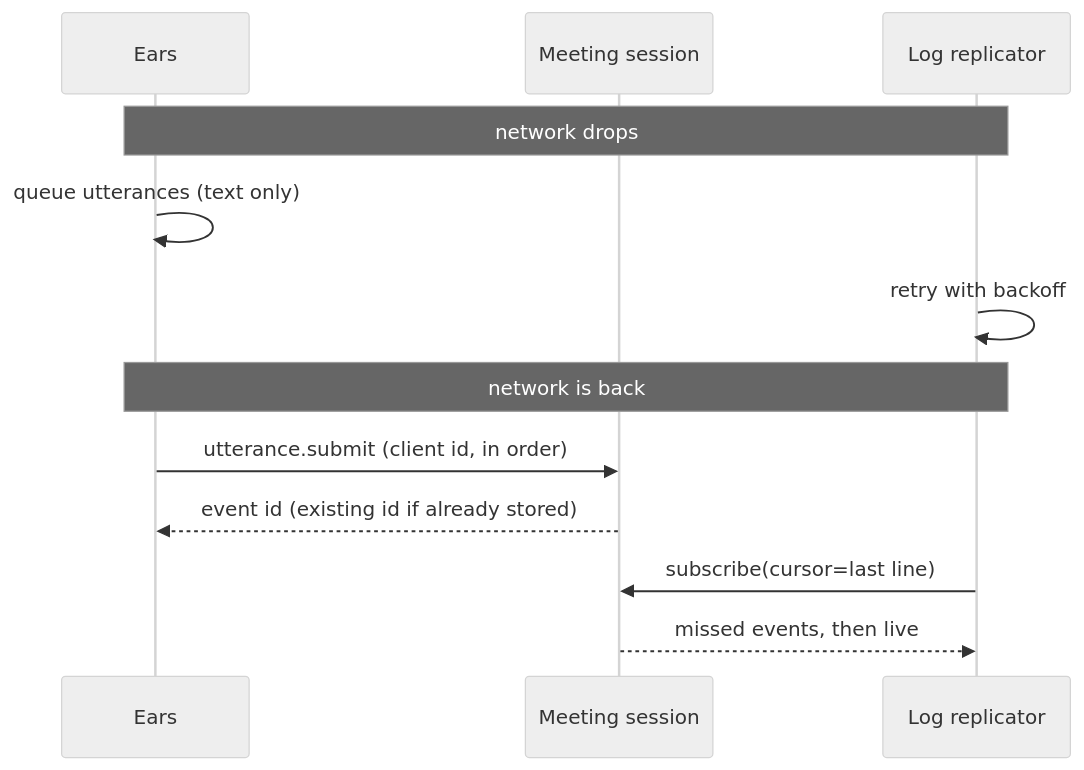
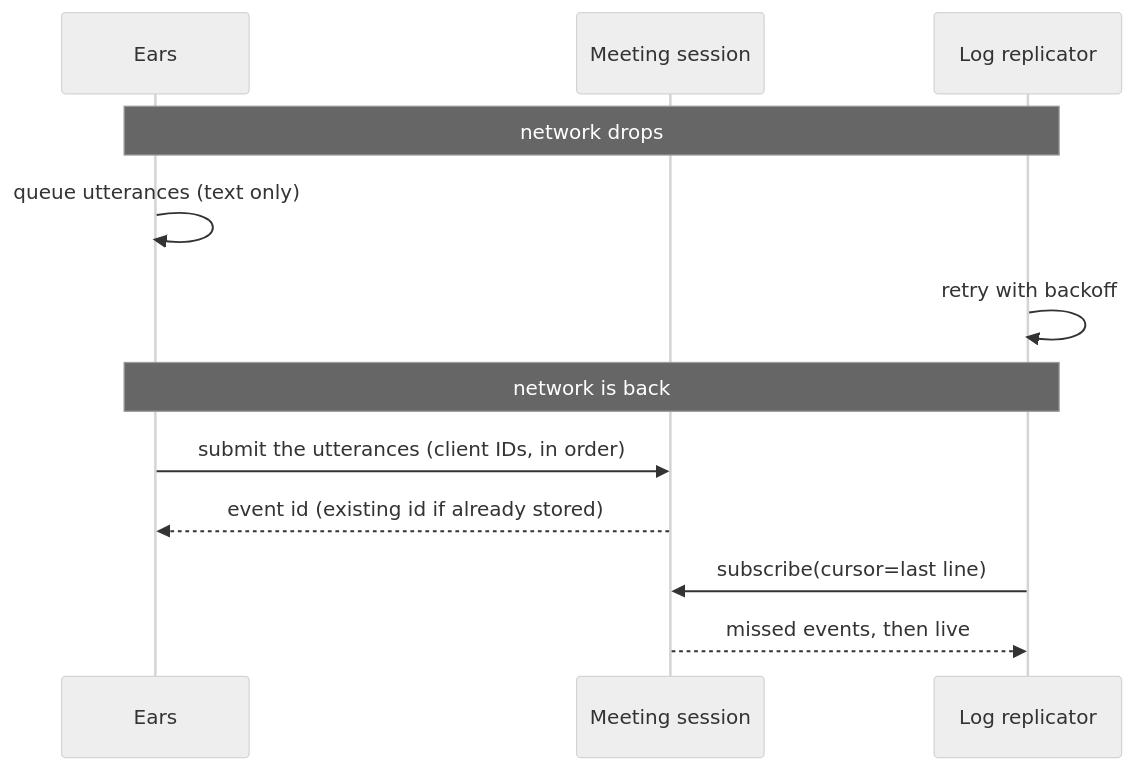
One commit to mrsimpson/agentic-office changed the third of 24 diagrams in docs/architecture/06-runtime-view.arc42.md. Above: the diagram before and after it, drawn with Mermaid (neutral theme). The commit also changed other lines of this file and 9 other files, not shown here.

First line of the commit message:
docs(architecture): state each fact once, in its owner element (#285)

````diff
--- a/docs/architecture/06-runtime-view.arc42.md
+++ b/docs/architecture/06-runtime-view.arc42.md
@@ -113,14 +113,14 @@
 ```mermaid
 sequenceDiagram
     participant bb_ears as Ears
     participant bb_session as Meeting session
     participant bb_replicator as Log replicator
     Note over bb_ears,bb_replicator: network drops
     bb_ears->>bb_ears: queue utterances (text only)
     bb_replicator->>bb_replicator: retry with backoff
     Note over bb_ears,bb_replicator: network is back
-    bb_ears->>bb_session: utterance.submit (client id, in order)
+    bb_ears->>bb_session: submit the utterances (client IDs, in order)
     bb_session-->>bb_ears: event id (existing id if already stored)
     bb_replicator->>bb_session: subscribe(cursor=last line)
     bb_session-->>bb_replicator: missed events, then live
 ```
````
